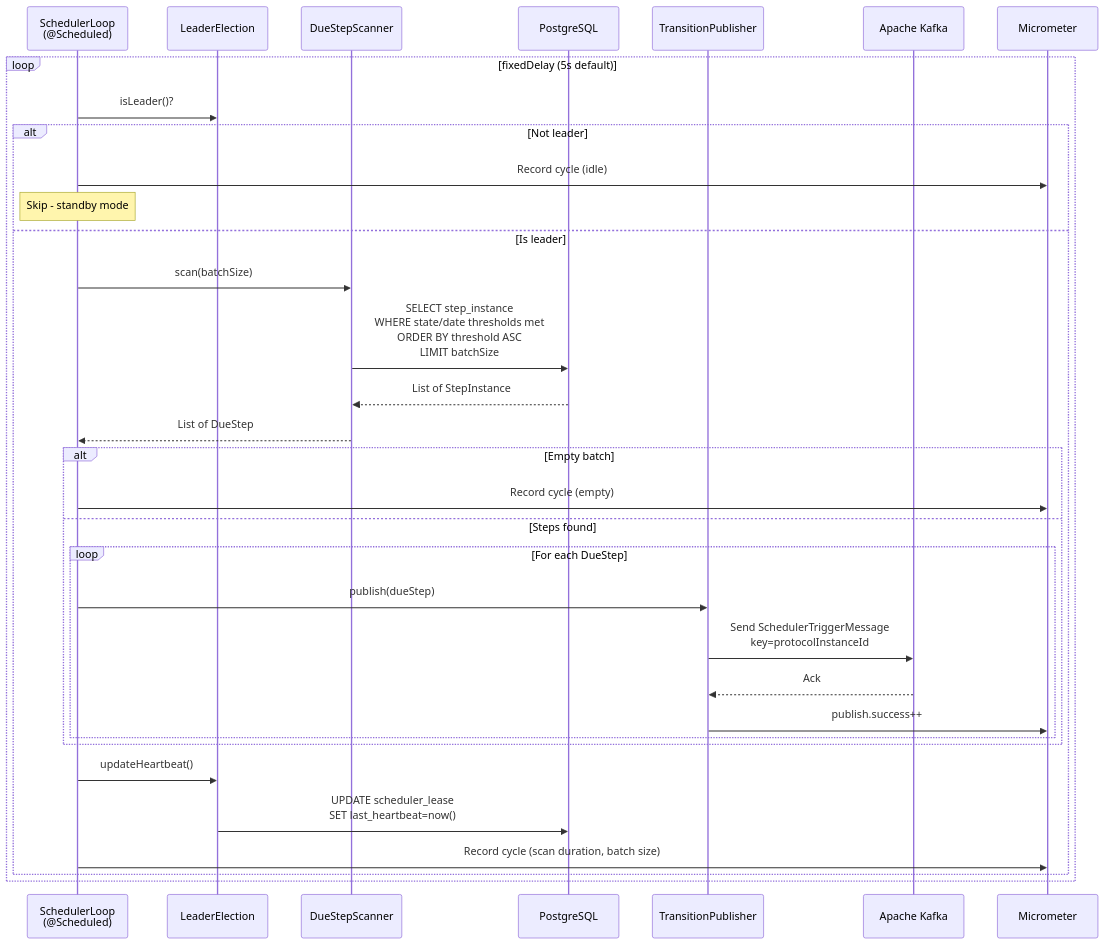
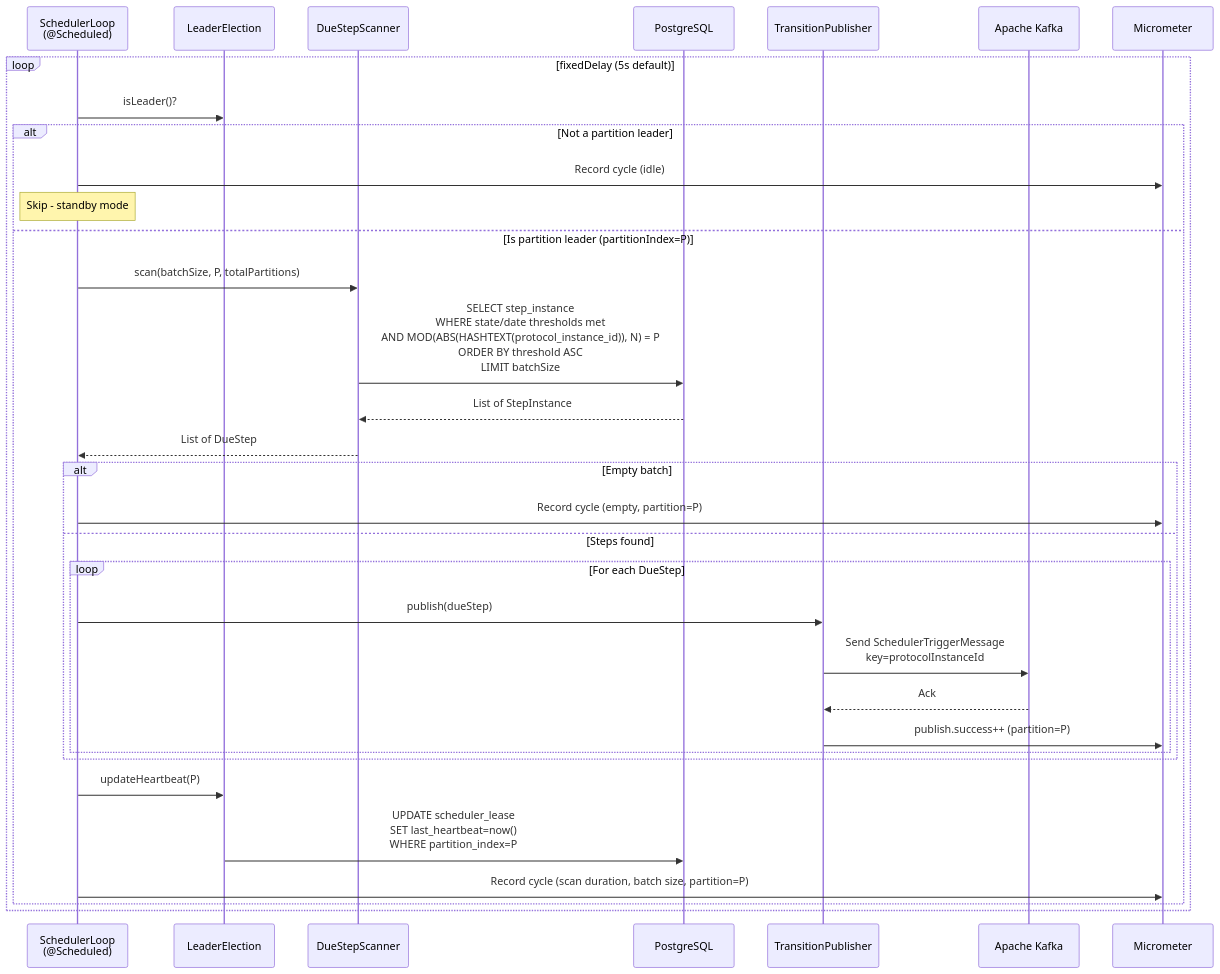
Before and after one commit to Jayaprakash8887/cce-scheduler-service: the first of 5 diagrams in docs/flow-diagrams.md, drawn with Mermaid. The commit also changed other lines of this file and 5 other files, not shown here.

````diff
--- a/docs/flow-diagrams.md
+++ b/docs/flow-diagrams.md
@@ -11,38 +11,38 @@
 ```mermaid
 sequenceDiagram
     participant SL as SchedulerLoop<br/>(@Scheduled)
     participant Leader as LeaderElection
     participant Scanner as DueStepScanner
     participant DB as PostgreSQL
     participant Publisher as TransitionPublisher
     participant Kafka as Apache Kafka
     participant Metrics as Micrometer
 
     loop fixedDelay (5s default)
         SL->>Leader: isLeader()?
-        alt Not leader
+        alt Not a partition leader
             SL->>Metrics: Record cycle (idle)
             Note over SL: Skip - standby mode
-        else Is leader
-            SL->>Scanner: scan(batchSize)
-            Scanner->>DB: SELECT step_instance<br/>WHERE state/date thresholds met<br/>ORDER BY threshold ASC<br/>LIMIT batchSize
+        else Is partition leader (partitionIndex=P)
+            SL->>Scanner: scan(batchSize, P, totalPartitions)
+            Scanner->>DB: SELECT step_instance<br/>WHERE state/date thresholds met<br/>AND MOD(ABS(HASHTEXT(protocol_instance_id)), N) = P<br/>ORDER BY threshold ASC<br/>LIMIT batchSize
             DB-->>Scanner: List of StepInstance
             Scanner-->>SL: List of DueStep
 
             alt Empty batch
-                SL->>Metrics: Record cycle (empty)
+                SL->>Metrics: Record cycle (empty, partition=P)
             else Steps found
                 loop For each DueStep
                     SL->>Publisher: publish(dueStep)
                     Publisher->>Kafka: Send SchedulerTriggerMessage<br/>key=protocolInstanceId
                     Kafka-->>Publisher: Ack
-                    Publisher->>Metrics: publish.success++
+                    Publisher->>Metrics: publish.success++ (partition=P)
                 end
             end
 
-            SL->>Leader: updateHeartbeat()
-            Leader->>DB: UPDATE scheduler_lease<br/>SET last_heartbeat=now()
-            SL->>Metrics: Record cycle (scan duration, batch size)
+            SL->>Leader: updateHeartbeat(P)
+            Leader->>DB: UPDATE scheduler_lease<br/>SET last_heartbeat=now()<br/>WHERE partition_index=P
+            SL->>Metrics: Record cycle (scan duration, batch size, partition=P)
         end
     end
 ```
````
